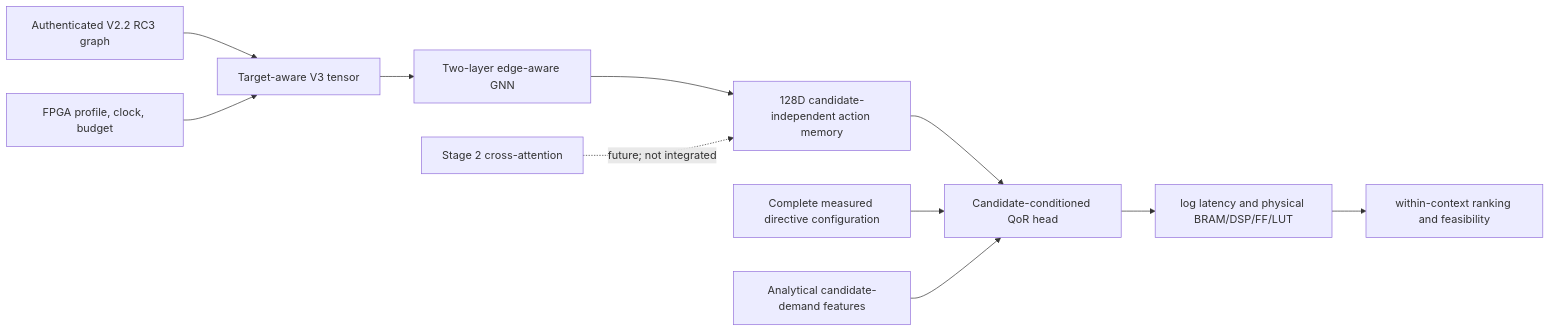
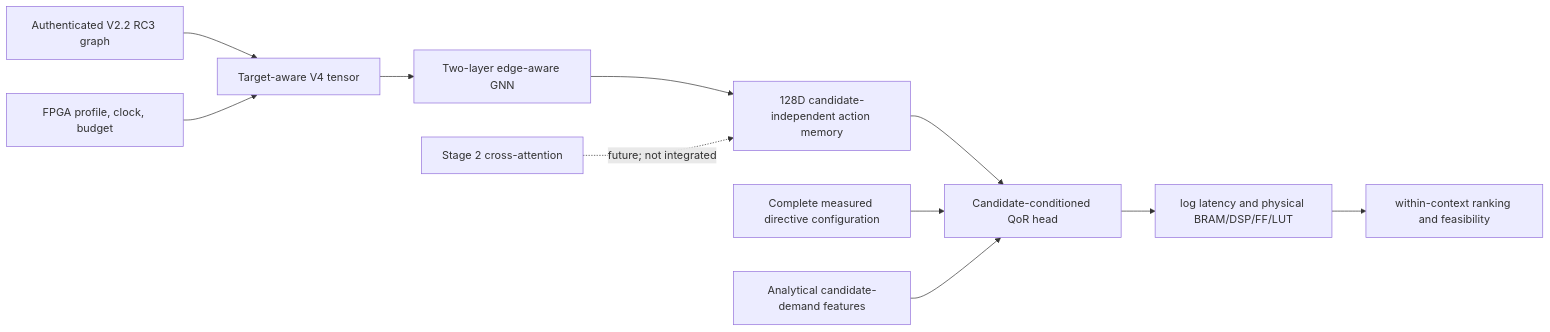
One commit to ElenaVouvali/MailoHLS changed the diagram in experiments/v22_gnn_training/README.md. Above: the diagram before and after it, drawn with Mermaid. The commit also changed other lines of this file and 6 other files, not shown here.

````diff
--- a/experiments/v22_gnn_training/README.md
+++ b/experiments/v22_gnn_training/README.md
@@ -38,13 +41,13 @@
 ```mermaid
 flowchart LR
-  G[Authenticated V2.2 RC3 graph] --> T[Target-aware V3 tensor]
+  G[Authenticated V2.2 RC3 graph] --> T[Target-aware V4 tensor]
   H[FPGA profile, clock, budget] --> T
   T --> E[Two-layer edge-aware GNN]
   E --> M[128D candidate-independent action memory]
   M --> Q[Candidate-conditioned QoR head]
   P[Complete measured directive configuration] --> Q
   D[Analytical candidate-demand features] --> Q
   Q --> Y[log latency and physical BRAM/DSP/FF/LUT]
   Y --> R[within-context ranking and feasibility]
   S[Stage 2 cross-attention] -. future; not integrated .-> M
 ```
````
